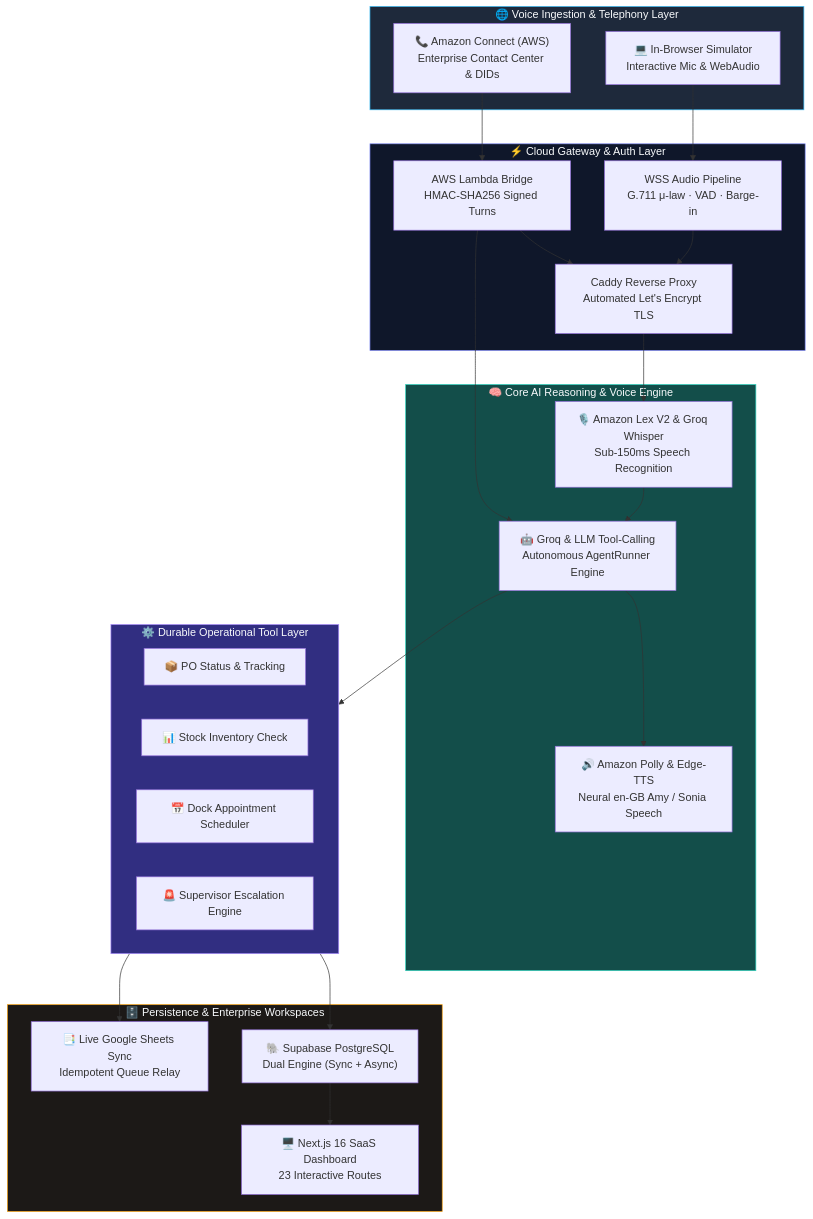
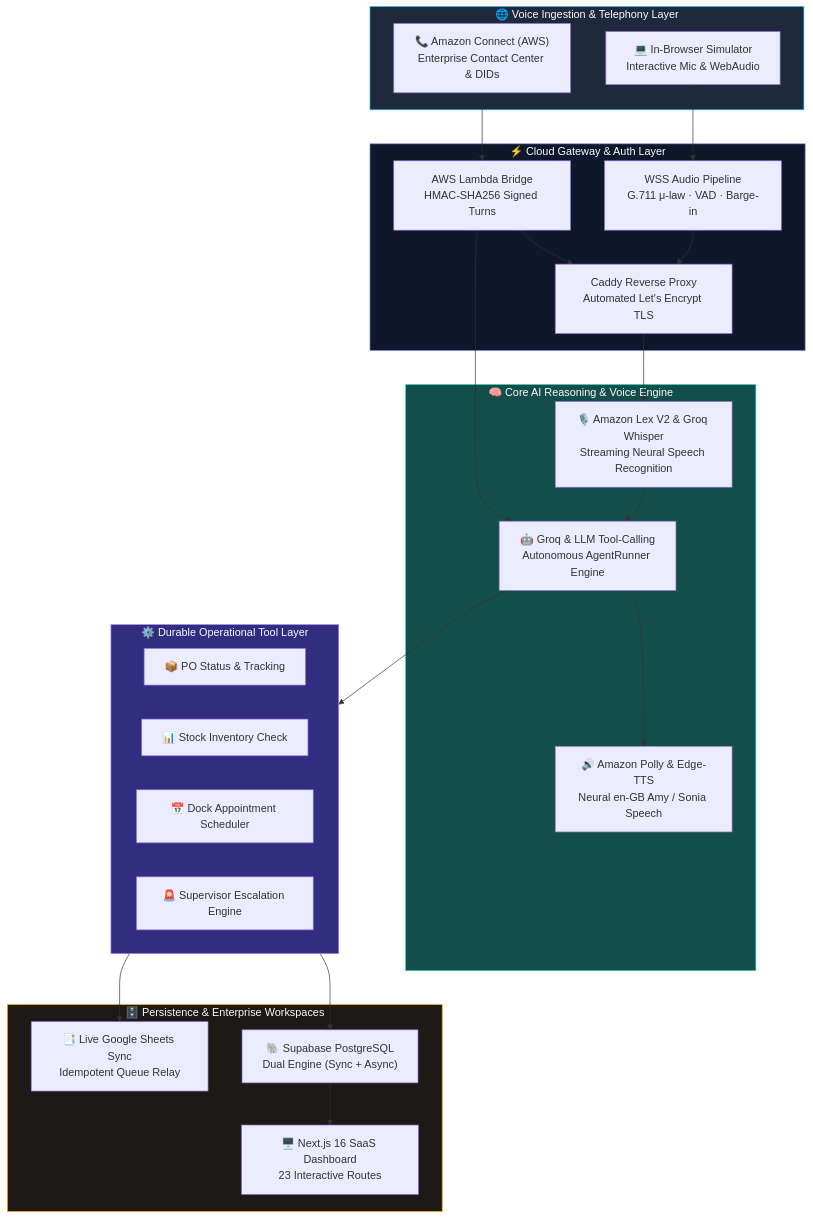
Before and after one commit to jeevesh2515/voxflow-voice-agent: the diagram in README.md, drawn with Mermaid. The commit also changed other lines of this file and 2 other files, not shown here.

Commit message:
docs: synchronize 273 test counts, benchmark references, and grounded VAD specs across all architecture docs

````diff
--- a/README.md
+++ b/README.md
@@ -99,49 +99,49 @@
 ```mermaid
 flowchart TB
     subgraph Carriers["🌐 Voice Ingestion & Telephony Layer"]
         AWS["📞 Amazon Connect (AWS)<br/>Enterprise Contact Center & DIDs"]
         WEB["💻 In-Browser Simulator<br/>Interactive Mic & WebAudio"]
     end
 
     subgraph Streaming["⚡ Cloud Gateway & Auth Layer"]
         LMB["AWS Lambda Bridge<br/>HMAC-SHA256 Signed Turns"]
         WSS["WSS Audio Pipeline<br/>G.711 μ-law · VAD · Barge-in"]
         CAD["Caddy Reverse Proxy<br/>Automated Let's Encrypt TLS"]
     end
 
     subgraph Intelligence["🧠 Core AI Reasoning & Voice Engine"]
-        STT["🎙️ Amazon Lex V2 & Groq Whisper<br/>Sub-150ms Speech Recognition"]
+        STT["🎙️ Amazon Lex V2 & Groq Whisper<br/>Streaming Neural Speech Recognition"]
         LLM["🤖 Groq & LLM Tool-Calling<br/>Autonomous AgentRunner Engine"]
         TTS["🔊 Amazon Polly & Edge-TTS<br/>Neural en-GB Amy / Sonia Speech"]
     end
 
     subgraph Tools["⚙️ Durable Operational Tool Layer"]
         T1["📦 PO Status & Tracking"]
         T2["📊 Stock Inventory Check"]
         T3["📅 Dock Appointment Scheduler"]
         T4["🚨 Supervisor Escalation Engine"]
     end
 
     subgraph Storage["🗄️ Persistence & Enterprise Workspaces"]
         PG["🐘 Supabase PostgreSQL<br/>Dual Engine (Sync + Async)"]
         GS["📑 Live Google Sheets Sync<br/>Idempotent Queue Relay"]
         DASH["🖥️ Next.js 16 SaaS Dashboard<br/>23 Interactive Routes"]
     end
 
     AWS --> LMB --> CAD
     WEB --> WSS --> CAD
 
     CAD --> STT --> LLM --> TTS
     LMB --> LLM
     LLM --> Tools
 
     Tools --> PG
     Tools --> GS
     PG --> DASH
 
     style Carriers fill:#1E293B,stroke:#38BDF8,color:#F8FAFC
     style Streaming fill:#0F172A,stroke:#818CF8,color:#F8FAFC
     style Intelligence fill:#134E4A,stroke:#2DD4BF,color:#F8FAFC
     style Tools fill:#312E81,stroke:#A78BFA,color:#F8FAFC
     style Storage fill:#1C1917,stroke:#F59E0B,color:#F8FAFC
 ```
````
